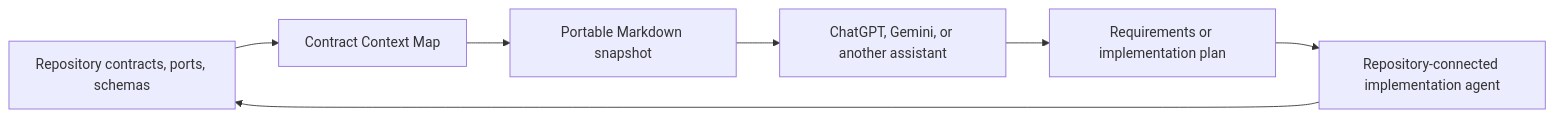
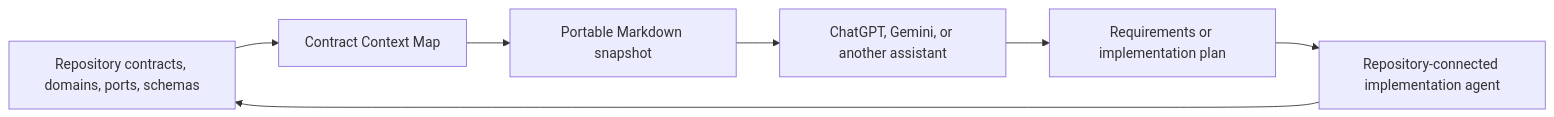
The diagram in README.md (Pareidollya/repo-contract-context-map), drawn with Mermaid before and after one commit. The commit also changed other lines of this file, not shown here.

````diff
--- a/README.md
+++ b/README.md
@@ -13,9 +15,9 @@
 ```mermaid
 flowchart LR
-    A[Repository contracts, ports, schemas] --> B[Contract Context Map]
+    A[Repository contracts, domains, ports, schemas] --> B[Contract Context Map]
     B --> C[Portable Markdown snapshot]
     C --> D[ChatGPT, Gemini, or another assistant]
     D --> E[Requirements or implementation plan]
     E --> F[Repository-connected implementation agent]
     F --> A
 ```
````
